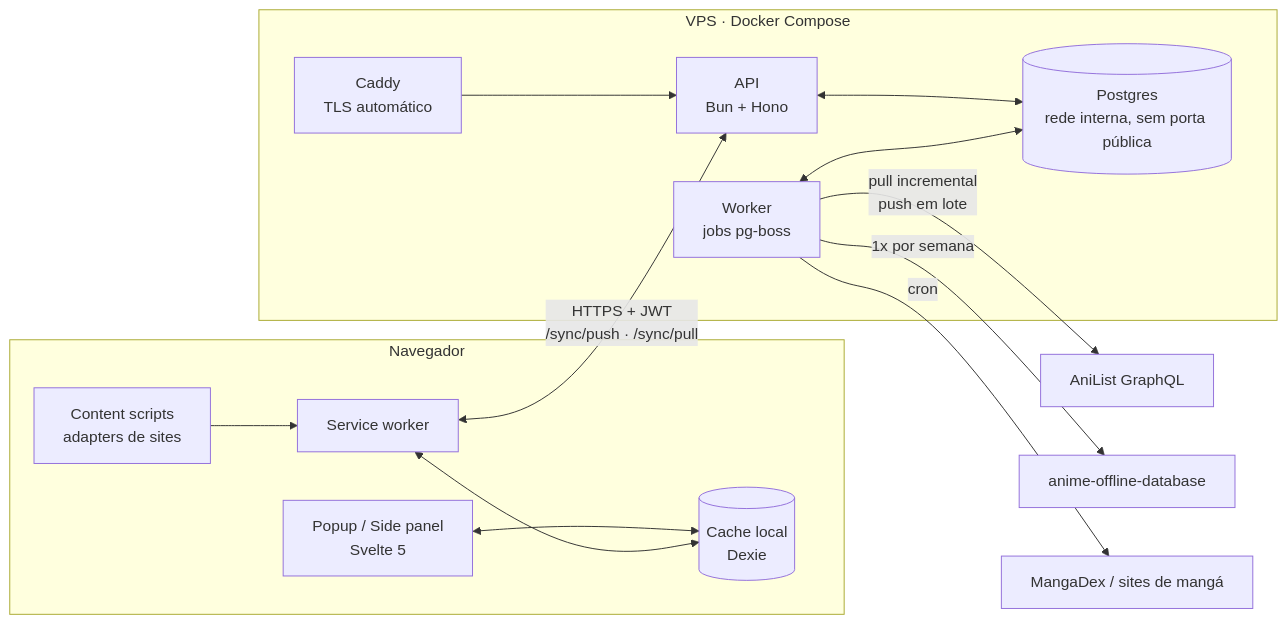
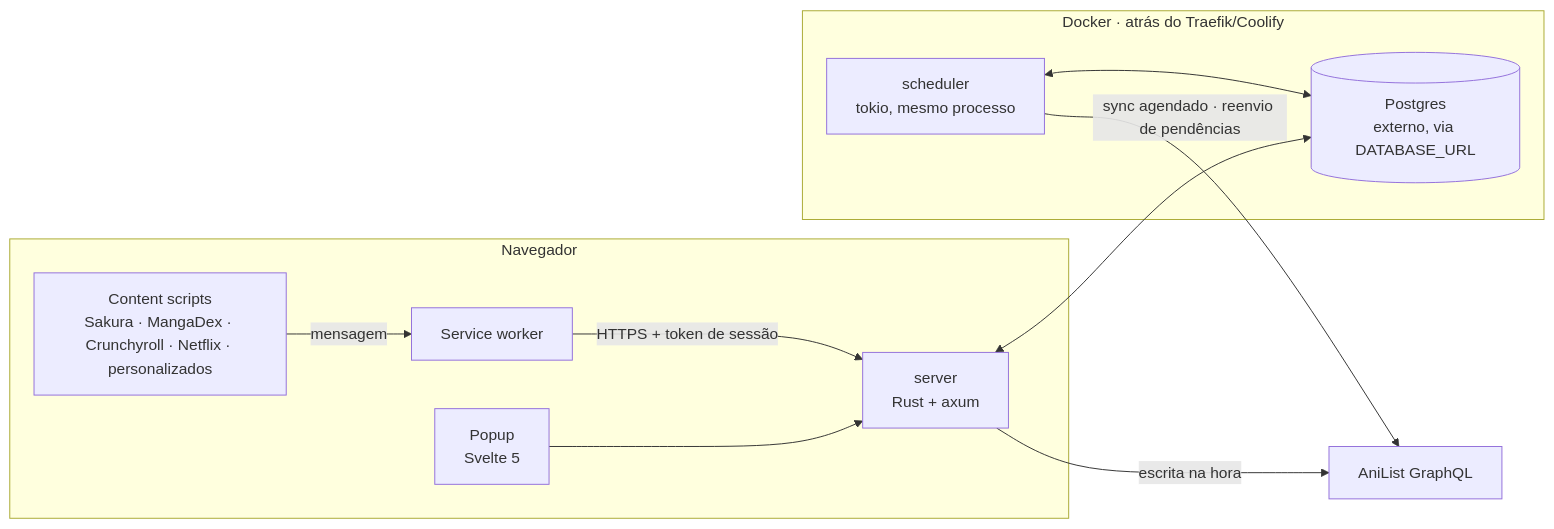
Before and after one commit to vinicius-gpl/acerola-sync: the diagram in docs/ARQUITETURA.md, drawn with Mermaid. The commit also changed other lines of this file and 1 other file, not shown here.

Commit message:
[docs](docs): Arquitetura e extensão com sync incremental, filtros e padrão de design

````diff
--- a/docs/ARQUITETURA.md
+++ b/docs/ARQUITETURA.md
@@ -16,17 +17,14 @@
 ```mermaid
 flowchart LR
   subgraph Browser [Navegador]
-    CS[Content scripts<br/>adapters de sites] --> SW
-    UI[Popup / Side panel<br/>Svelte 5] <--> C[(Cache local<br/>Dexie)]
-    SW[Service worker] <--> C
+    CS[Content scripts<br/>Sakura · MangaDex · Crunchyroll · Netflix · personalizados] -->|mensagem| SW[Service worker]
+    UI[Popup<br/>Svelte 5] --> API
+    SW -->|HTTPS + token de sessão| API
   end
-  SW <-->|HTTPS + JWT<br/>/sync/push · /sync/pull| API
-  subgraph Servidor [VPS · Docker Compose]
-    CADDY[Caddy<br/>TLS automático] --> API[API<br/>Bun + Hono]
-    API <--> PG[(Postgres<br/>rede interna, sem porta pública)]
-    W[Worker<br/>jobs pg-boss] <--> PG
+  subgraph Servidor [Docker · atrás do Traefik/Coolify]
+    API[server<br/>Rust + axum] <--> PG[(Postgres<br/>externo, via DATABASE_URL)]
+    SCH[scheduler<br/>tokio, mesmo processo] <--> PG
   end
-  W -->|pull incremental<br/>push em lote| AL[AniList GraphQL]
-  W -->|1x por semana| DS[anime-offline-database]
-  W -->|cron| MD[MangaDex / sites de mangá]
+  API -->|escrita na hora| AL[AniList GraphQL]
+  SCH -->|sync agendado · reenvio de pendências| AL
 ```
````
